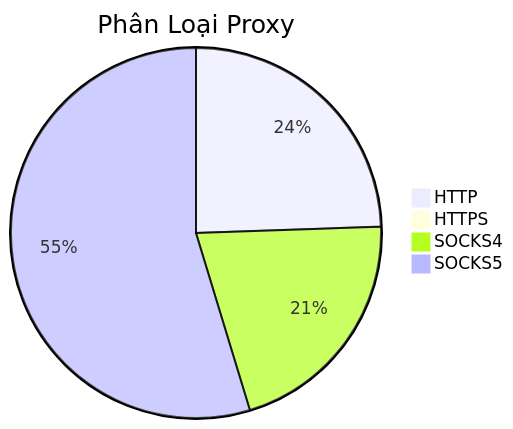
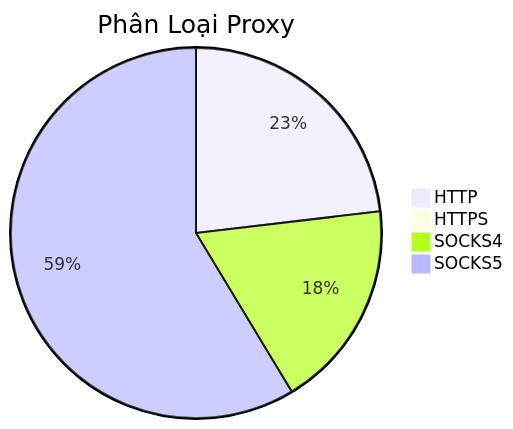
The diagram in README.md (Ciara-12/PROXY-free), drawn with Mermaid before and after one commit. The commit also changed other lines of this file and 4 other files, not shown here.

````diff
--- a/README.md
+++ b/README.md
@@ -26,7 +26,7 @@
 ```mermaid
 pie title Phân Loại Proxy
-    "HTTP" : 481
-    "HTTPS" : 2
-    "SOCKS4" : 410
-    "SOCKS5" : 1076
+    "HTTP" : 471
+    "HTTPS" : 0
+    "SOCKS4" : 371
+    "SOCKS5" : 1194
 ```
````
